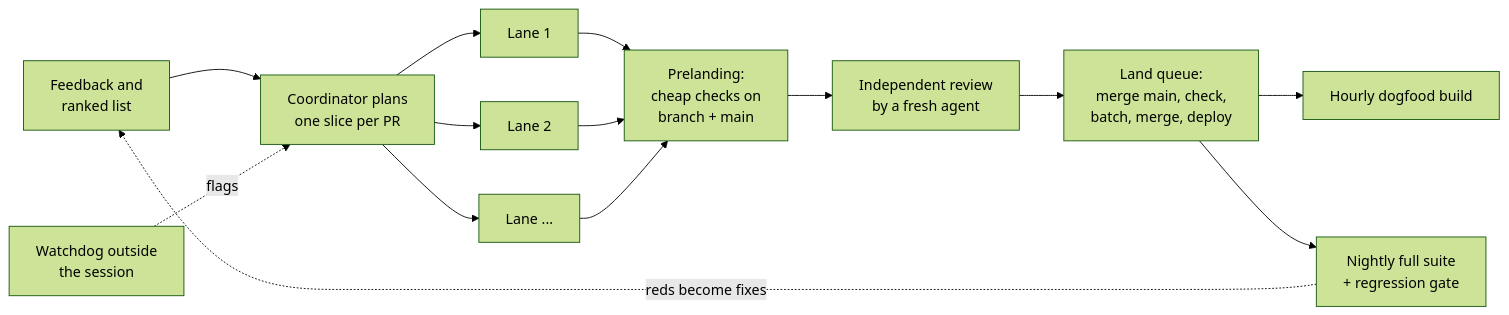
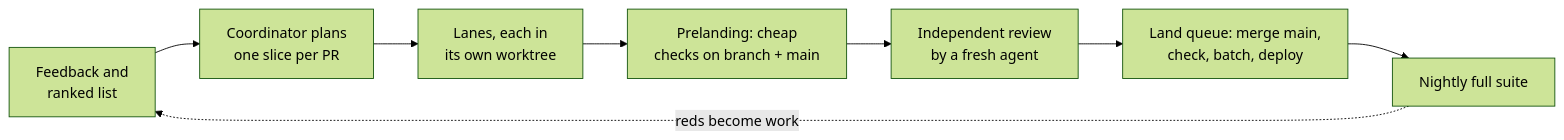
One commit to max-friedman/agentic-coding-loop changed the diagram in README.md. Above: the diagram before and after it, drawn with Mermaid (forest theme). The commit also changed other lines of this file and 27 other files, not shown here.

````diff
--- a/README.md
+++ b/README.md
@@ -44,14 +52,10 @@
 ```mermaid
 flowchart LR
     F[Feedback and<br/>ranked list] --> P[Coordinator plans<br/>one slice per PR]
-    P --> L1[Lane 1]
-    P --> L2[Lane 2]
-    P --> L3[Lane ...]
-    L1 & L2 & L3 --> PL[Prelanding:<br/>cheap checks on<br/>branch + main]
+    P --> L[Lanes, each in<br/>its own worktree]
+    L --> PL[Prelanding: cheap<br/>checks on branch + main]
     PL --> R[Independent review<br/>by a fresh agent]
-    R --> Q[Land queue:<br/>merge main, check,<br/>batch, merge, deploy]
-    Q --> D[Hourly dogfood build]
-    Q --> N[Nightly full suite<br/>+ regression gate]
-    N -. reds become fixes .-> F
-    W[Watchdog outside<br/>the session] -. flags .-> P
+    R --> Q[Land queue: merge main,<br/>check, batch, deploy]
+    Q --> N[Nightly full suite]
+    N -. reds become work .-> F
 ```
````
